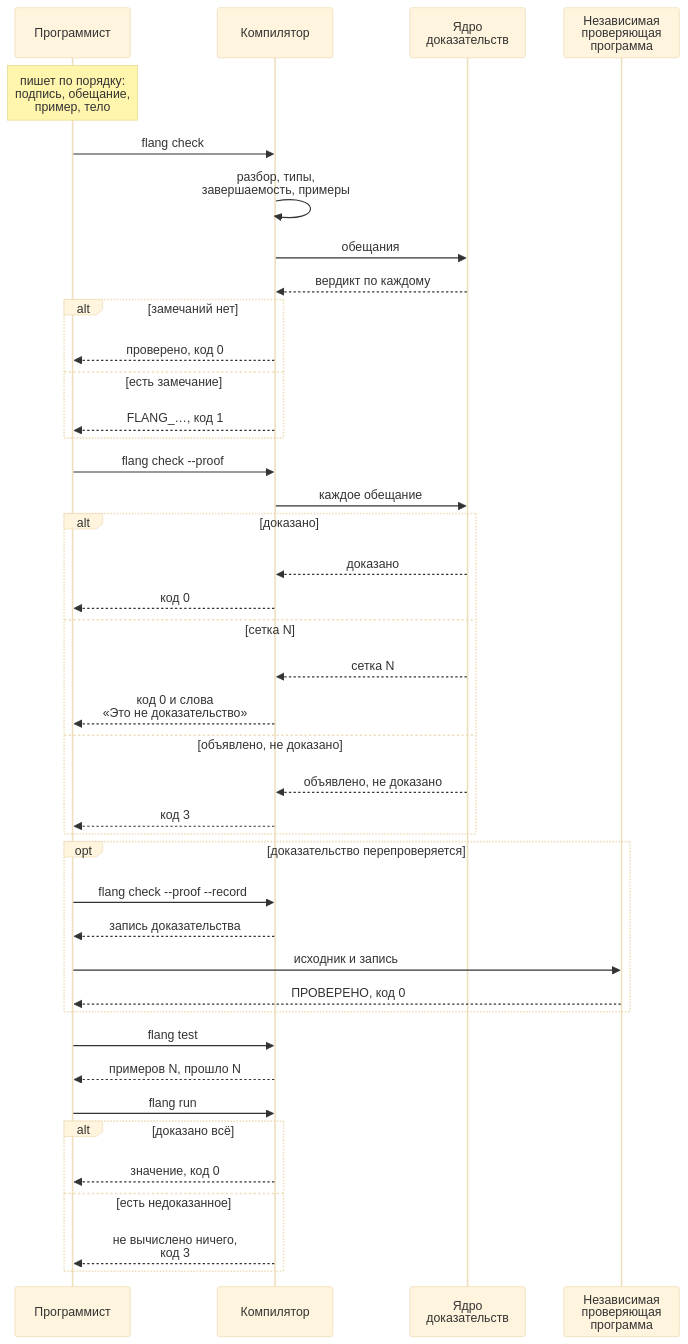
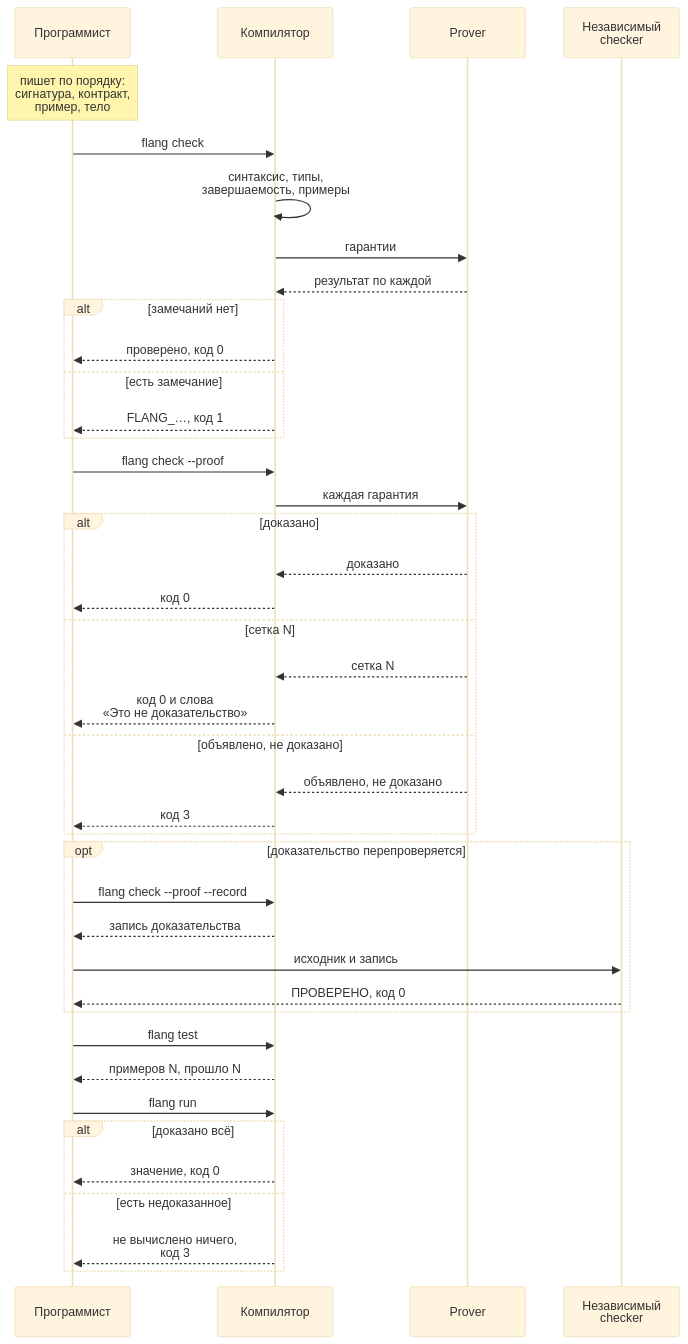
The fourth of 4 diagrams in docs/site/which-construct.ru.md (MyWWWChat/flang), drawn with Mermaid (base theme) before and after one commit. The commit also changed other lines of this file and 1 other file, not shown here.

````diff
--- a/docs/site/which-construct.ru.md
+++ b/docs/site/which-construct.ru.md
@@ -324,43 +374,43 @@
 ```mermaid Работа над одной функцией
 sequenceDiagram
   participant П as Программист
   participant К as Компилятор
-  participant Я as Ядро<br>доказательств
-  participant Н as Независимая<br>проверяющая<br>программа
-  Note over П: пишет по порядку:<br>подпись, обещание,<br>пример, тело
+  participant Я as Prover
+  participant Н as Независимый<br>checker
+  Note over П: пишет по порядку:<br>сигнатура, контракт,<br>пример, тело
   П->>К: flang check
-  К->>К: разбор, типы,<br>завершаемость, примеры
-  К->>Я: обещания
-  Я-->>К: вердикт по каждому
+  К->>К: синтаксис, типы,<br>завершаемость, примеры
+  К->>Я: гарантии
+  Я-->>К: результат по каждой
   alt замечаний нет
     К-->>П: проверено, код 0
   else есть замечание
     К-->>П: FLANG_…, код 1
   end
   П->>К: flang check --proof
-  К->>Я: каждое обещание
+  К->>Я: каждая гарантия
   alt доказано
     Я-->>К: доказано
     К-->>П: код 0
   else сетка N
     Я-->>К: сетка N
     К-->>П: код 0 и слова<br>«Это не доказательство»
   else объявлено, не доказано
     Я-->>К: объявлено, не доказано
     К-->>П: код 3
   end
   opt доказательство перепроверяется
     П->>К: flang check --proof --record
     К-->>П: запись доказательства
     П->>Н: исходник и запись
     Н-->>П: ПРОВЕРЕНО, код 0
   end
   П->>К: flang test
   К-->>П: примеров N, прошло N
   П->>К: flang run
   alt доказано всё
     К-->>П: значение, код 0
   else есть недоказанное
     К-->>П: не вычислено ничего,<br>код 3
   end
 ```
````
